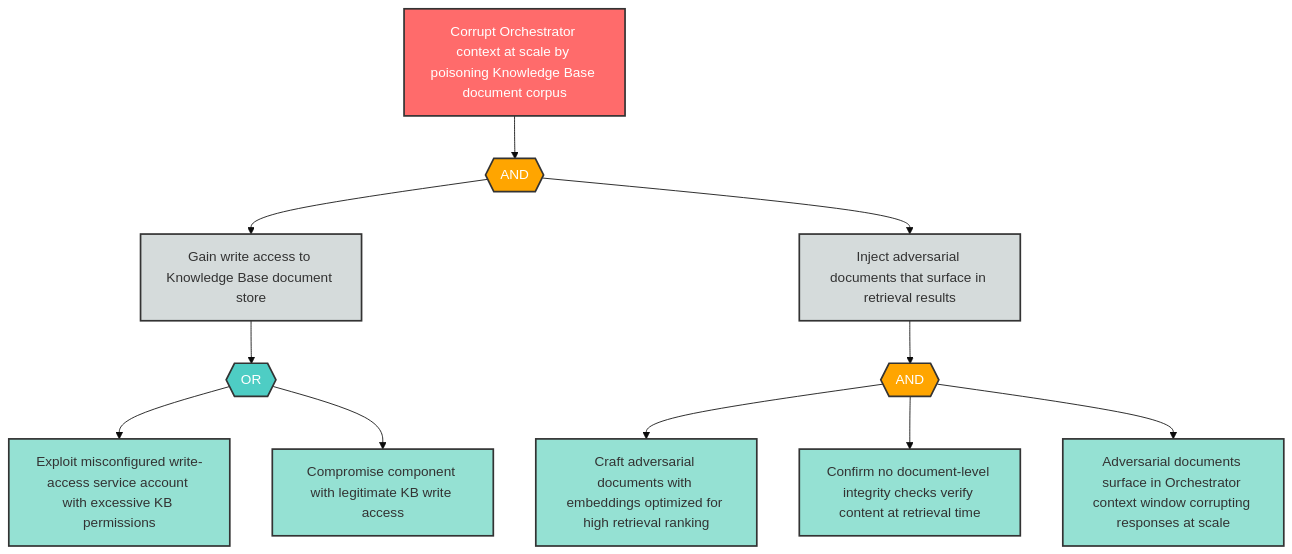
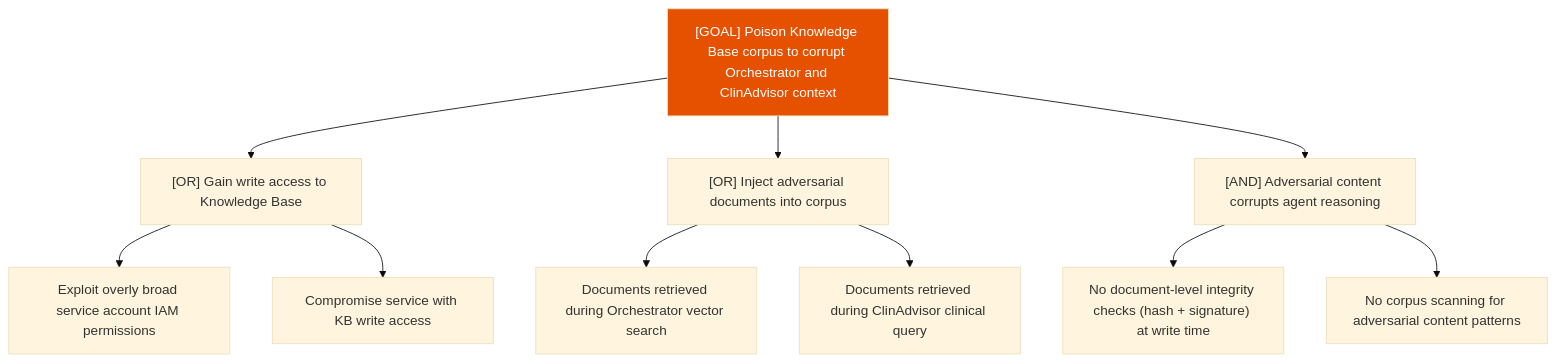
One commit to q-qp-p/davidmatousek-tachi changed the diagram in examples/agentic-app/sample-report/attack-trees/t-6-attack-tree.md. Above: the diagram before and after it, drawn with Mermaid (base theme). The commit also changed other lines of this file and 132 other files, not shown here.

````diff
--- a/examples/agentic-app/sample-report/attack-trees/t-6-attack-tree.md
+++ b/examples/agentic-app/sample-report/attack-trees/t-6-attack-tree.md
@@ -8,37 +7,15 @@
 ```mermaid
-flowchart TD
-    T6_root["Corrupt Orchestrator context at scale by poisoning Knowledge Base document corpus"]
-    T6_and1{{"AND"}}
-    T6_sub1["Gain write access to Knowledge Base document store"]
-    T6_sub2["Inject adversarial documents that surface in retrieval results"]
-    T6_or1{{"OR"}}
-    T6_leaf1["Exploit misconfigured write-access service account with excessive KB permissions"]
-    T6_leaf2["Compromise component with legitimate KB write access"]
-    T6_and2{{"AND"}}
-    T6_leaf3["Craft adversarial documents with embeddings optimized for high retrieval ranking"]
-    T6_leaf4["Confirm no document-level integrity checks verify content at retrieval time"]
-    T6_leaf5["Adversarial documents surface in Orchestrator context window corrupting responses at scale"]
-
-    T6_root --> T6_and1
-    T6_and1 --> T6_sub1
-    T6_and1 --> T6_sub2
-    T6_sub1 --> T6_or1
-    T6_or1 --> T6_leaf1
-    T6_or1 --> T6_leaf2
-    T6_sub2 --> T6_and2
-    T6_and2 --> T6_leaf3
-    T6_and2 --> T6_leaf4
-    T6_and2 --> T6_leaf5
-
-    classDef goal fill:#ff6b6b,stroke:#333,stroke-width:2px,color:#fff
-    classDef andGate fill:#ffa500,stroke:#333,stroke-width:2px,color:#fff
-    classDef orGate fill:#4ecdc4,stroke:#333,stroke-width:2px,color:#fff
-    classDef subGoal fill:#d5dbdb,stroke:#333,stroke-width:2px,color:#333
-    classDef leaf fill:#95e1d3,stroke:#333,stroke-width:2px,color:#333
-
-    class T6_root goal
-    class T6_and1,T6_and2 andGate
-    class T6_or1 orGate
-    class T6_sub1,T6_sub2 subGoal
-    class T6_leaf1,T6_leaf2,T6_leaf3,T6_leaf4,T6_leaf5 leaf
+graph TD
+    Goal["[GOAL] Poison Knowledge Base corpus to corrupt Orchestrator and ClinAdvisor context"]
+    Goal --> A["[OR] Gain write access to Knowledge Base"]
+    A --> A1["Exploit overly broad service account IAM permissions"]
+    A --> A2["Compromise service with KB write access"]
+    Goal --> B["[OR] Inject adversarial documents into corpus"]
+    B --> B1["Documents retrieved during Orchestrator vector search"]
+    B --> B2["Documents retrieved during ClinAdvisor clinical query"]
+    Goal --> C["[AND] Adversarial content corrupts agent reasoning"]
+    C --> C1["No document-level integrity checks (hash + signature) at write time"]
+    C --> C2["No corpus scanning for adversarial content patterns"]
+    classDef high fill:#e65100,color:#fff
+    class Goal high
 ```
````
